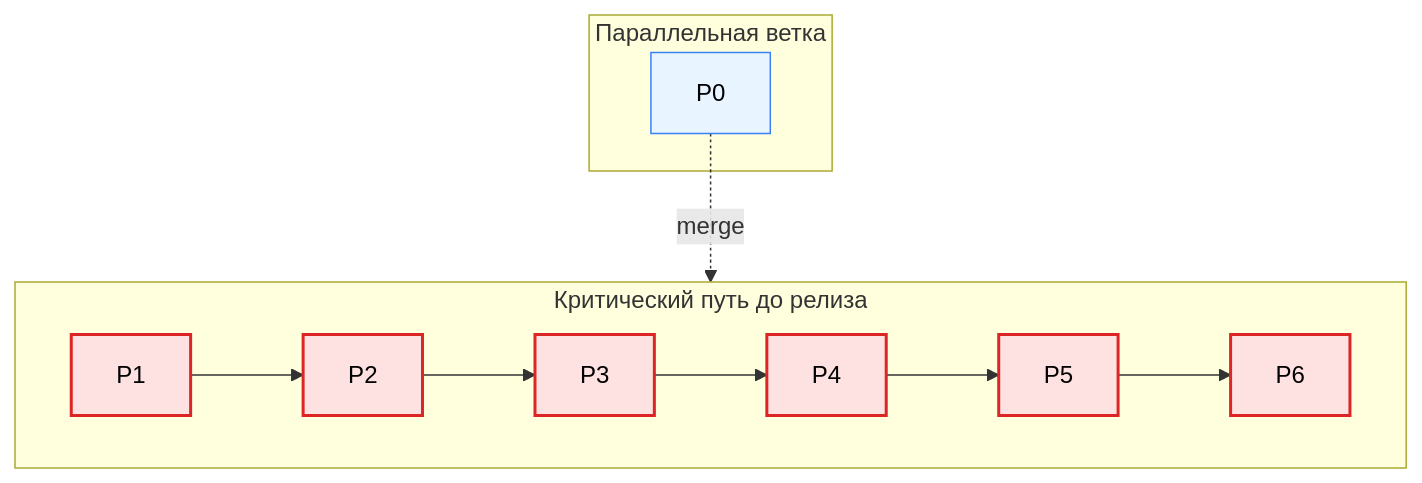
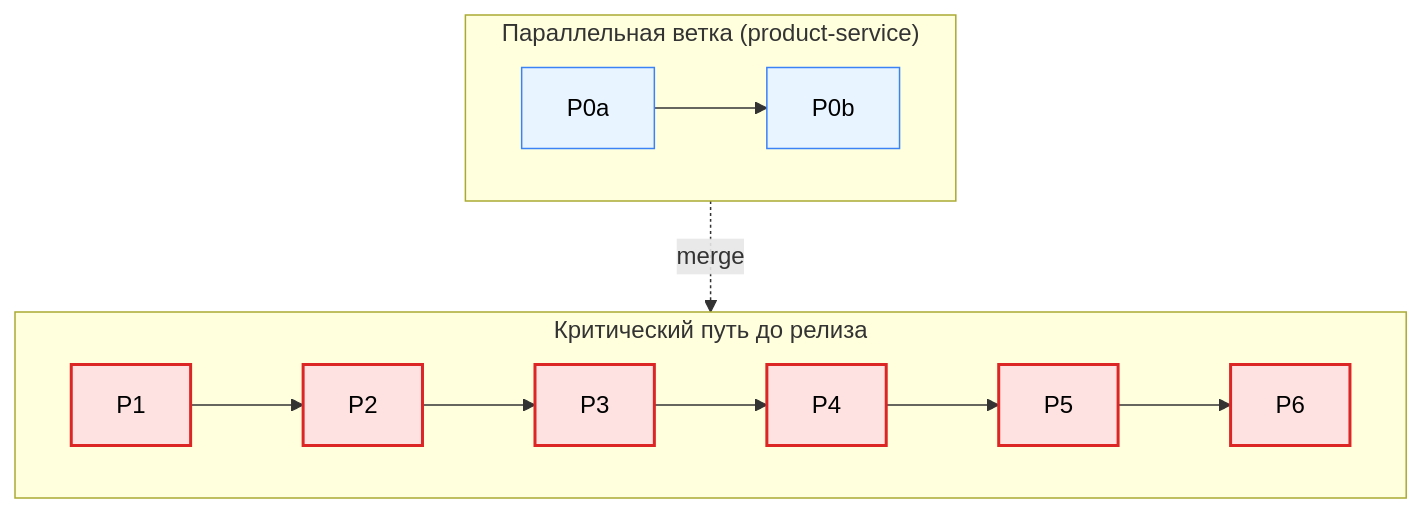
The second of 11 diagrams in server/ai-service/ROADMAP_DIAGRAM.md (TortAlpha/ai-stylist-service), drawn with Mermaid before and after one commit. The commit also changed other lines of this file and 4 other files, not shown here.

````diff
--- a/server/ai-service/ROADMAP_DIAGRAM.md
+++ b/server/ai-service/ROADMAP_DIAGRAM.md
@@ -35,18 +36,19 @@
 ```mermaid
 flowchart TB
     subgraph CP["Критический путь до релиза"]
         direction LR
         C1[P1] --> C2[P2] --> C3[P3] --> C4[P4] --> C5[P5] --> C6[P6]
     end
 
-    subgraph PARA["Параллельная ветка"]
-        D0[P0]
+    subgraph PARA["Параллельная ветка (product-service)"]
+        direction LR
+        D0A[P0a] --> D0B[P0b]
     end
 
-    D0 -.merge.-> C4
+    D0B -.merge.-> C4
 
     classDef cp fill:#fee2e2,stroke:#dc2626,stroke-width:2px,color:#000
     classDef par fill:#e8f4ff,stroke:#3b82f6,color:#000
     class C1,C2,C3,C4,C5,C6 cp
-    class D0 par
+    class D0A,D0B par
 ```
````
